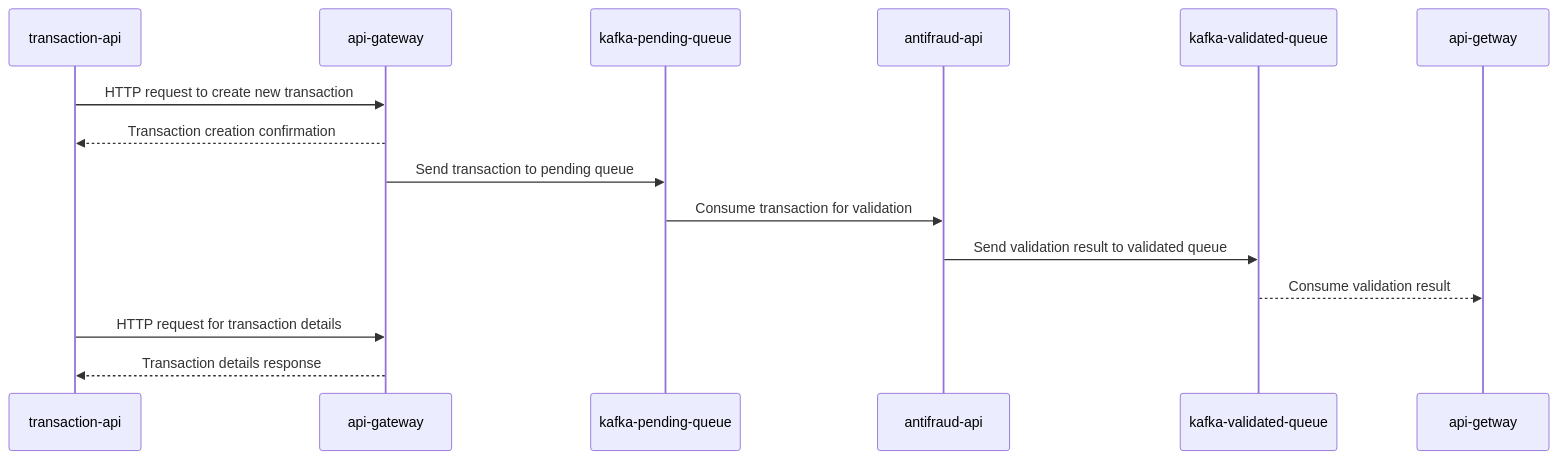
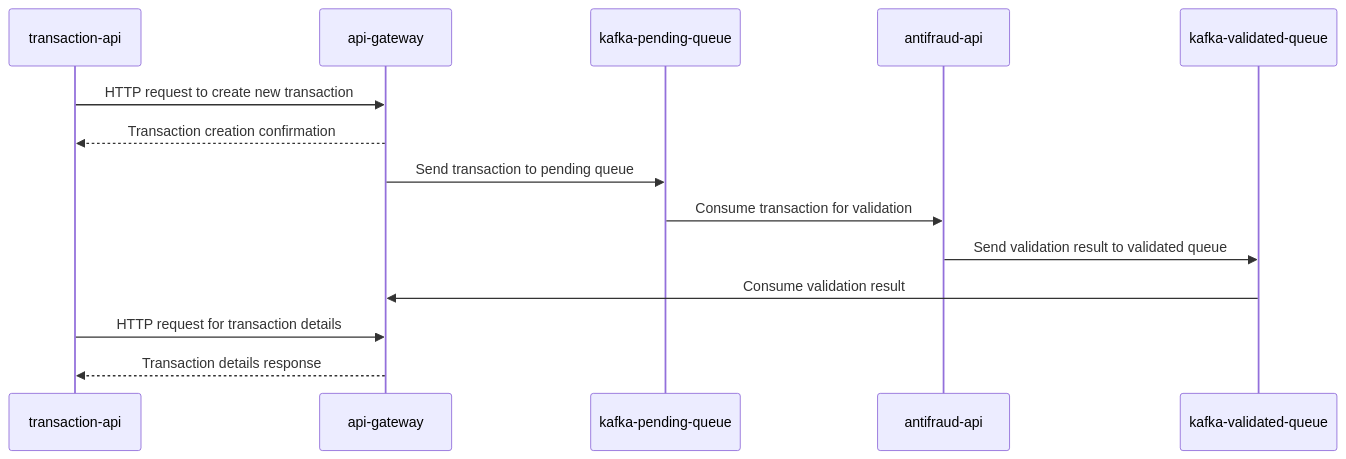
The second of 2 diagrams in README.md (garciagf05/app-nodejs-codechallenge), drawn with Mermaid before and after one commit.

````diff
--- a/README.md
+++ b/README.md
@@ -97,17 +97,17 @@
 ```mermaid
   sequenceDiagram
     participant transaction-api
     participant api-gateway
     participant kafka-pending-queue
     participant antifraud-api
     participant kafka-validated-queue
 
     transaction-api->>api-gateway: HTTP request to create new transaction
     api-gateway-->>transaction-api: Transaction creation confirmation
     api-gateway->>kafka-pending-queue: Send transaction to pending queue
     kafka-pending-queue->>antifraud-api: Consume transaction for validation
     antifraud-api->>kafka-validated-queue: Send validation result to validated queue
-    kafka-validated-queue-->>api-getway: Consume validation result
+    kafka-validated-queue->>api-gateway: Consume validation result
     transaction-api->>api-gateway: HTTP request for transaction details
     api-gateway-->>transaction-api: Transaction details response
 ```
````
